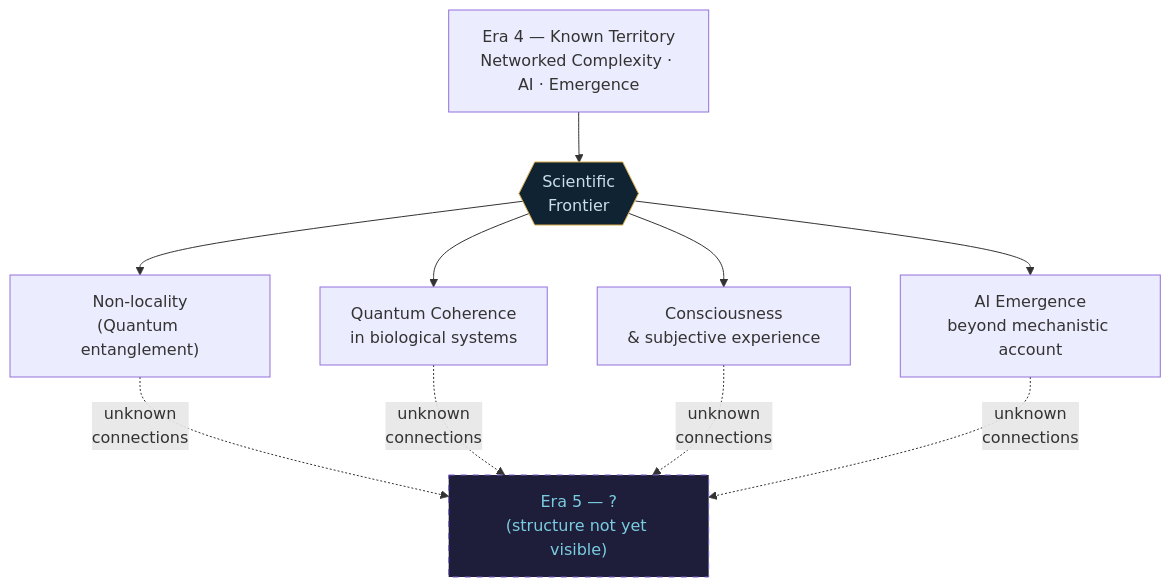
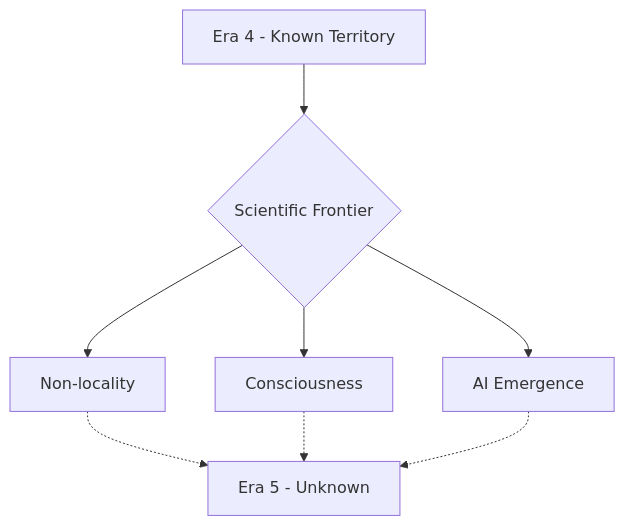
The seventh of 7 diagrams in src/articles/systems_science_eras-article.md (kurtrowley/isrd-site), drawn with Mermaid before and after one commit. The commit also changed other lines of this file and 1 other file, not shown here.

Commit message:
Simplify all Mermaid diagrams: remove subgraph/double-bracket/hexagon syntax, max 7 nodes each

````diff
--- a/src/articles/systems_science_eras-article.md
+++ b/src/articles/systems_science_eras-article.md
@@ -214,11 +187,10 @@
 ```mermaid
-flowchart TD
-  E4["Era 4 — Known Territory\nNetworked Complexity · AI · Emergence"] --> F{{"Scientific\nFrontier"}}
-  F --> NL["Non-locality\n(Quantum entanglement)"]
-  F --> QC["Quantum Coherence\nin biological systems"]
-  F --> CS["Consciousness\n& subjective experience"]
-  F --> AE["AI Emergence\nbeyond mechanistic account"]
-  NL & QC & CS & AE -.->|"unknown\nconnections"| E5["Era 5 — ?\n(structure not yet visible)"]
-  style F fill:#0f2333,stroke:#d4a847,color:#c8dfe8
-  style E5 fill:#1e1e3a,stroke:#7a5ac8,stroke-dasharray:6,color:#7acce0
+graph TD
+  E4[Era 4 - Known Territory] --> F{Scientific Frontier}
+  F --> NL[Non-locality]
+  F --> CS[Consciousness]
+  F --> AE[AI Emergence]
+  NL -.-> E5[Era 5 - Unknown]
+  CS -.-> E5
+  AE -.-> E5
 ```
````
